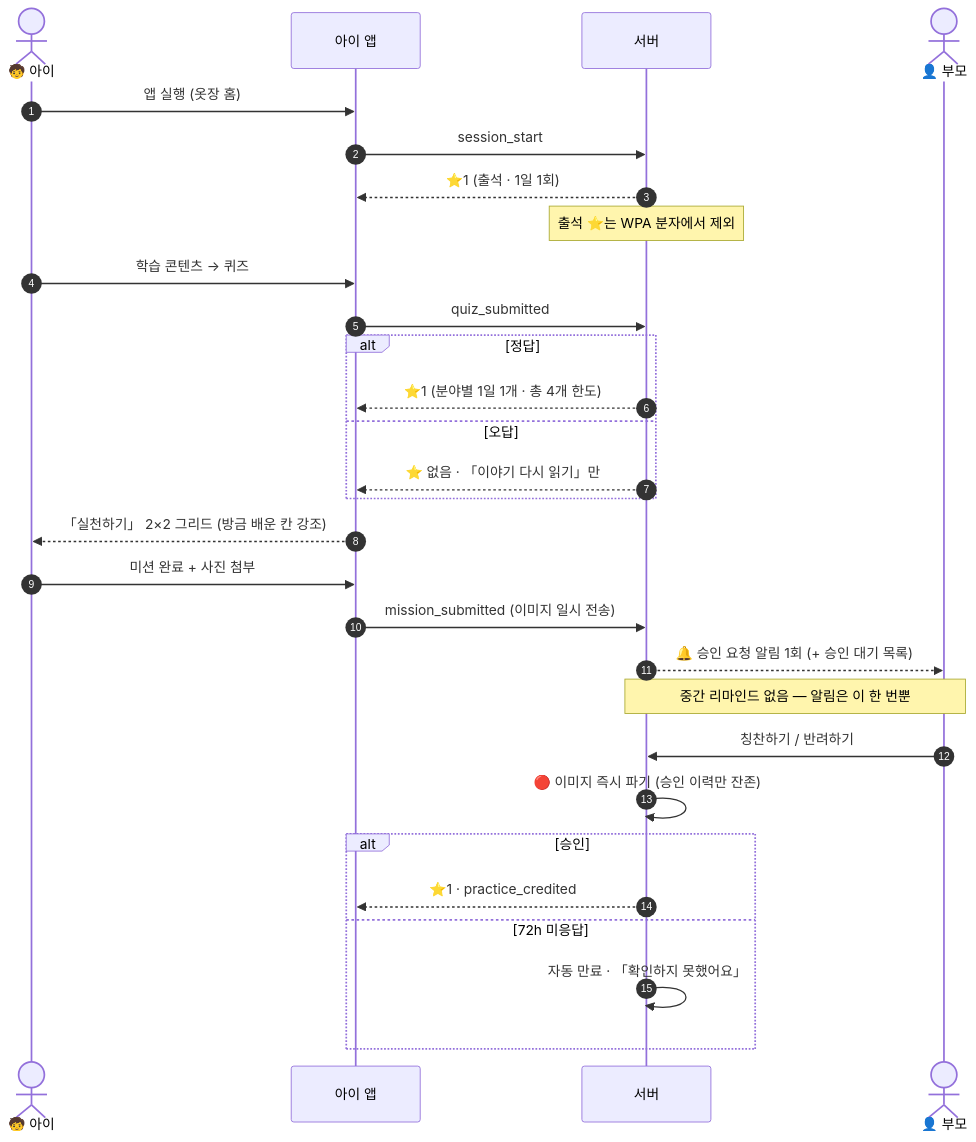
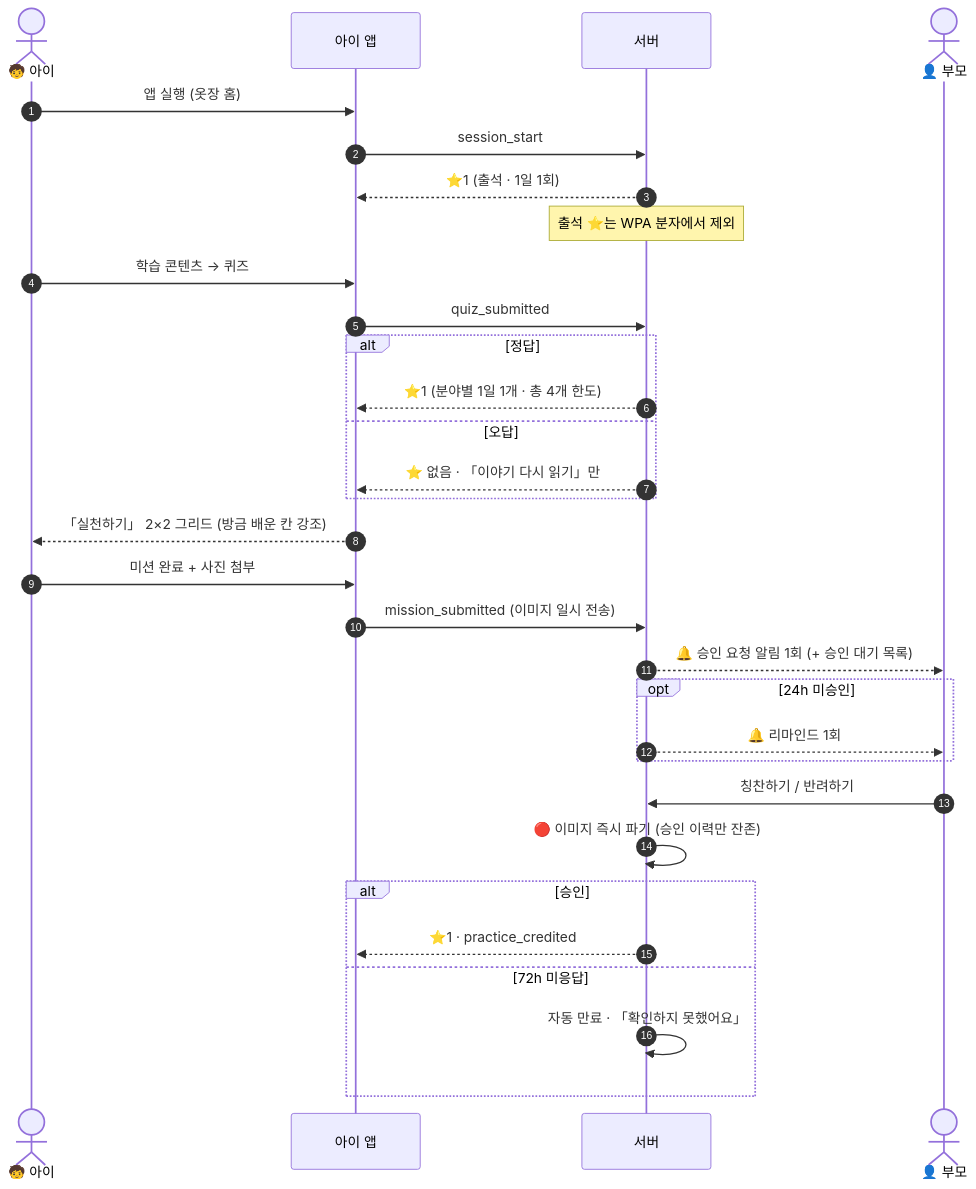
Before and after one commit to scene-one/team1_fin-friends: the third of 6 diagrams in 공용공간/10. SRS/SRS_핀프렌즈_v1_0.md, drawn with Mermaid. The commit also changed other lines of this file and 4 other files, not shown here.

````diff
--- a/공용공간/10. SRS/SRS_핀프렌즈_v1_0.md
+++ b/공용공간/10. SRS/SRS_핀프렌즈_v1_0.md
@@ -140,32 +140,34 @@
 ```mermaid
 sequenceDiagram
     autonumber
     actor C as 🧒 아이
     participant CA as 아이 앱
     participant S as 서버
     actor P as 👤 부모
 
     C->>CA: 앱 실행 (옷장 홈)
     CA->>S: session_start
     S-->>CA: ⭐1 (출석 · 1일 1회)
     Note over S: 출석 ⭐는 WPA 분자에서 제외
     C->>CA: 학습 콘텐츠 → 퀴즈
     CA->>S: quiz_submitted
     alt 정답
         S-->>CA: ⭐1 (분야별 1일 1개 · 총 4개 한도)
     else 오답
         S-->>CA: ⭐ 없음 · 「이야기 다시 읽기」만
     end
     CA-->>C: 「실천하기」 2×2 그리드 (방금 배운 칸 강조)
     C->>CA: 미션 완료 + 사진 첨부
     CA->>S: mission_submitted (이미지 일시 전송)
     S-->>P: 🔔 승인 요청 알림 1회 (+ 승인 대기 목록)
-    Note over S,P: 중간 리마인드 없음 — 알림은 이 한 번뿐
+    opt 24h 미승인
+        S-->>P: 🔔 리마인드 1회
+    end
     P->>S: 칭찬하기 / 반려하기
     S->>S: 🔴 이미지 즉시 파기 (승인 이력만 잔존)
     alt 승인
         S-->>CA: ⭐1 · practice_credited
     else 72h 미응답
         S->>S: 자동 만료 · 「확인하지 못했어요」
     end
 ```
````
